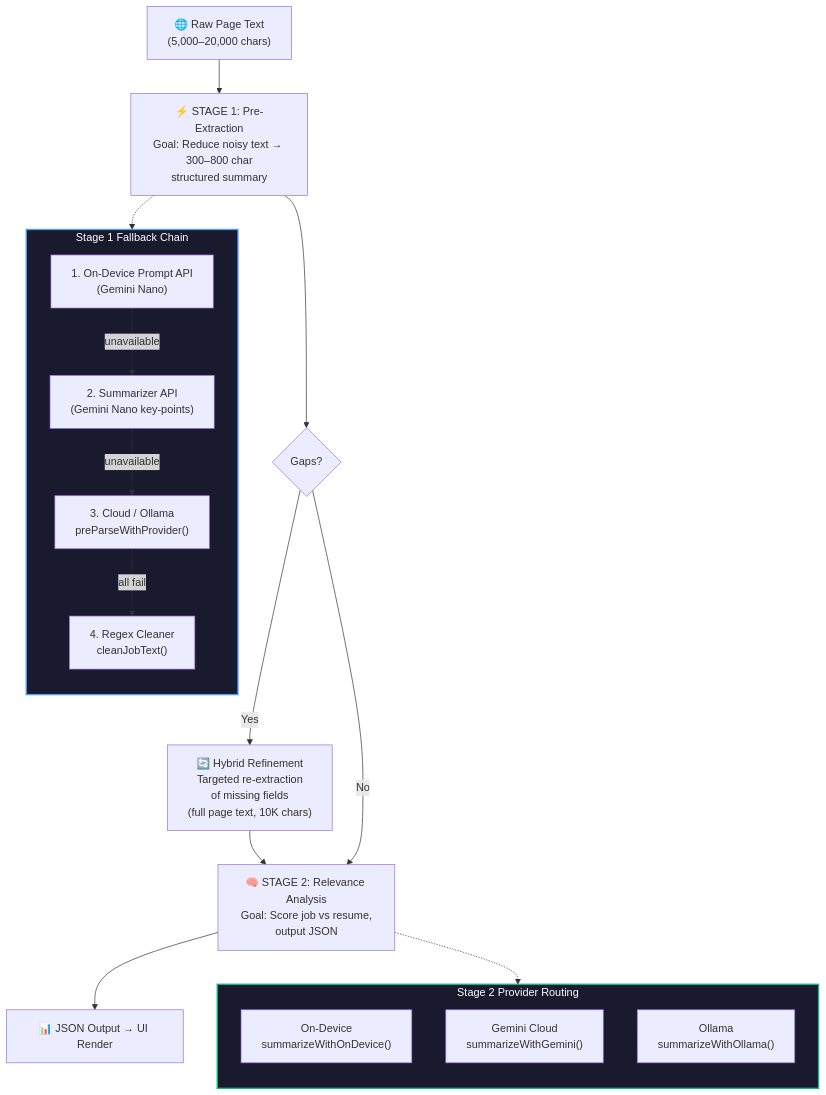
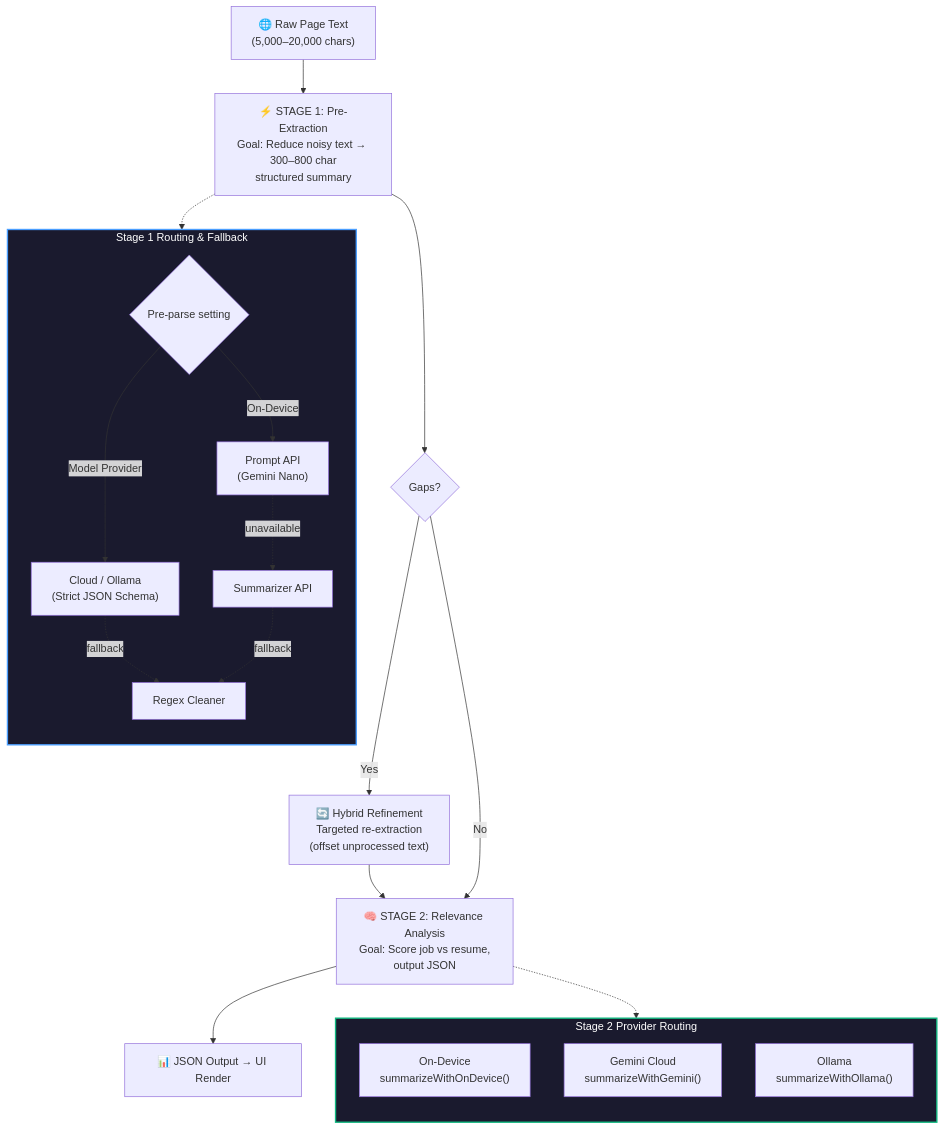
The first of 3 diagrams in docs/architecture.md (hellosaumil/JobPostHighlightsExtension), drawn with Mermaid before and after one commit. The commit also changed other lines of this file and 15 other files, not shown here.

First line of the commit message:
feat: Improve Stage 1 extraction routing and documentation (#3)

````diff
--- a/docs/architecture.md
+++ b/docs/architecture.md
@@ -7,29 +7,31 @@
 ```mermaid
 flowchart TD
     A["🌐 Raw Page Text\n(5,000–20,000 chars)"] --> B["⚡ STAGE 1: Pre-Extraction\nGoal: Reduce noisy text → 300–800 char\nstructured summary"]
     B --> C{"Gaps?"}
-    C -->|"Yes"| D["🔄 Hybrid Refinement\nTargeted re-extraction\nof missing fields\n(full page text, 10K chars)"]
+    C -->|"Yes"| D["🔄 Hybrid Refinement\nTargeted re-extraction\n(offset unprocessed text)"]
     D --> E
     C -->|"No"| E["🧠 STAGE 2: Relevance Analysis\nGoal: Score job vs resume,\noutput JSON"]
     E --> F["📊 JSON Output → UI Render"]
 
-    subgraph S1["Stage 1 Fallback Chain"]
+    subgraph S1["Stage 1 Routing & Fallback"]
         direction TB
-        S1A["1. On-Device Prompt API\n(Gemini Nano)"] -->|"unavailable"| S1B["2. Summarizer API\n(Gemini Nano key-points)"]
-        S1B -->|"unavailable"| S1C["3. Cloud / Ollama\npreParseWithProvider()"]
-        S1C -->|"all fail"| S1D["4. Regex Cleaner\ncleanJobText()"]
+        S1_Route{"Pre-parse setting"}
+        S1_Route -->|"Model Provider"| S1C["Cloud / Ollama\n(Strict JSON Schema)"]
+        S1_Route -->|"On-Device"| S1A["Prompt API\n(Gemini Nano)"]
+        S1A -.->|"unavailable"| S1B["Summarizer API"]
+        S1C & S1B -.->|"fallback"| S1D["Regex Cleaner"]
     end
 
     subgraph S2["Stage 2 Provider Routing"]
         direction TB
         S2A["On-Device\nsummarizeWithOnDevice()"]
         S2B["Gemini Cloud\nsummarizeWithGemini()"]
         S2C["Ollama\nsummarizeWithOllama()"]
     end
 
     B -.-> S1
     E -.-> S2
 
     style S1 fill:#1a1a2e,stroke:#4a9eff,stroke-width:2px,color:#fff
     style S2 fill:#1a1a2e,stroke:#10b981,stroke-width:2px,color:#fff
 ```
````
